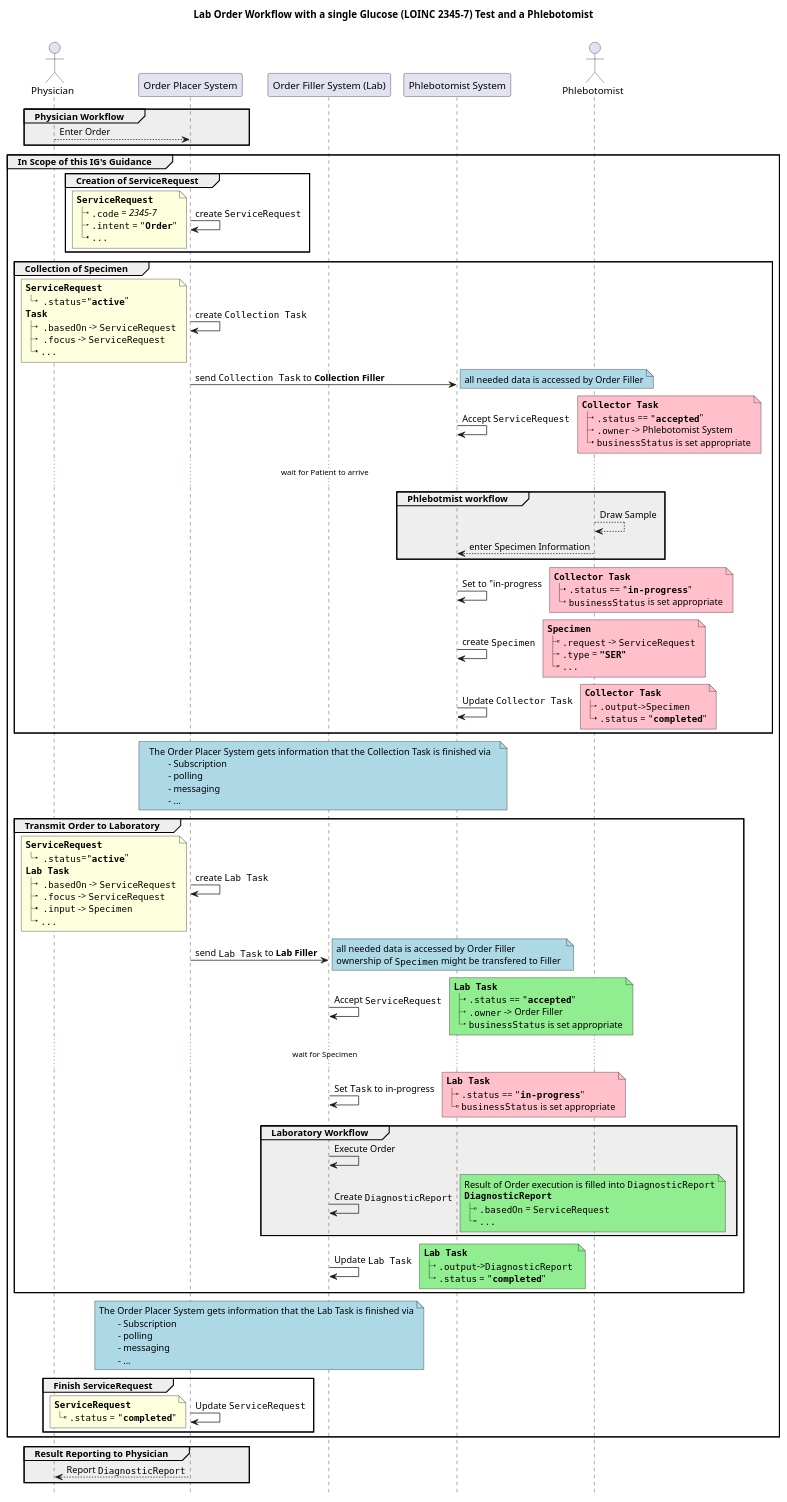
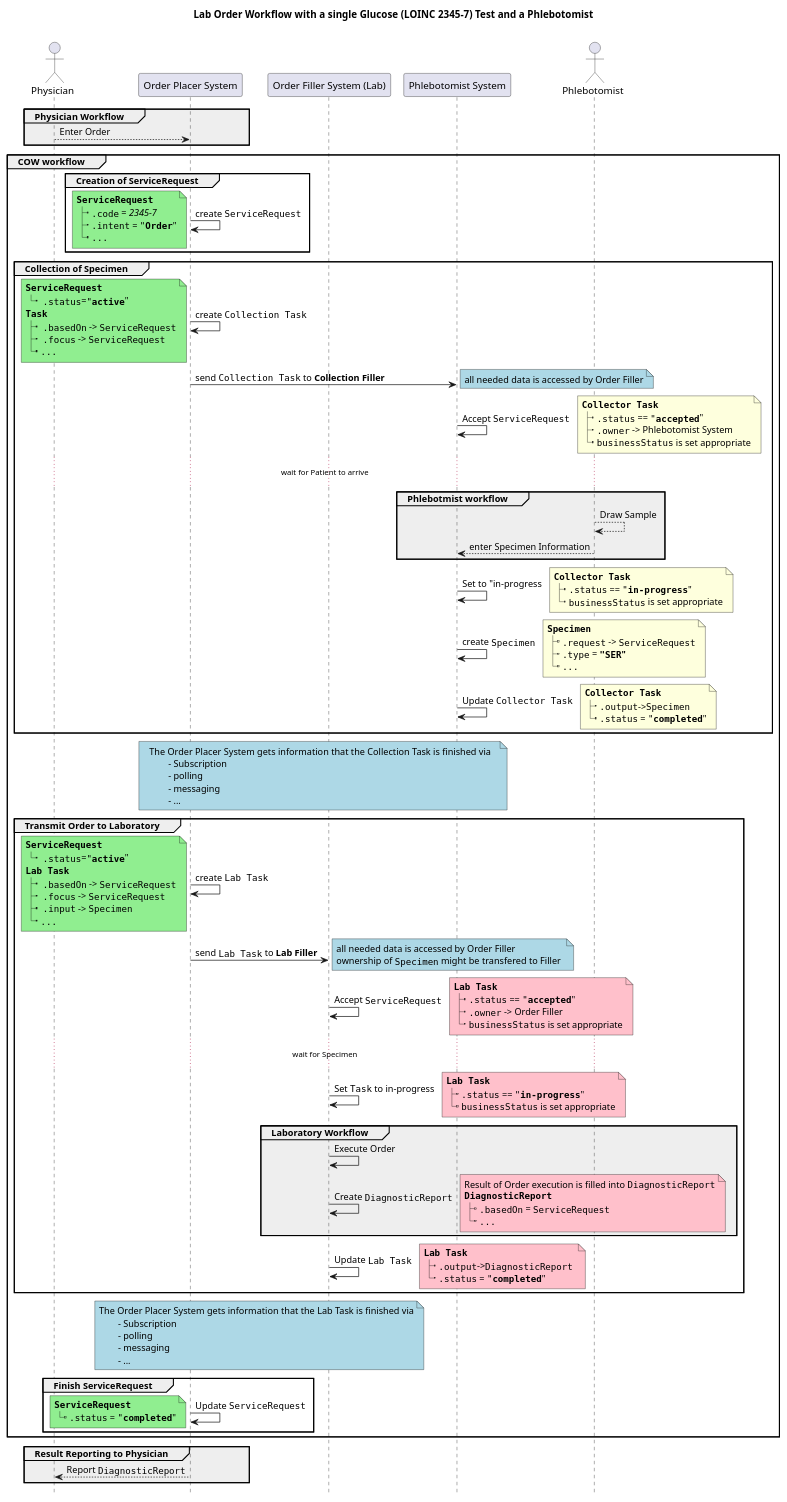
The diagram in input/images-source/ex2-single-lab-order-flow-with-phlebotomist.plantuml (HL7/fhir-cow-ig), drawn with PlantUML before and after one commit.

Commit message:
Update ex2-single-lab-order-flow-with-phlebotomist.plantuml
Changed coloring and changed "in scope..." to COW Workflow

```diff
--- a/input/images-source/ex2-single-lab-order-flow-with-phlebotomist.plantuml
+++ b/input/images-source/ex2-single-lab-order-flow-with-phlebotomist.plantuml
@@ -1,196 +1,196 @@
 @startuml
 
 'skinparam sequenceMessageAlign center
 title 
 	Lab Order Workflow with a single Glucose (LOINC 2345-7) Test and a Phlebotomist
 	
 end title
 hide footbox
 
 'note across #turquoise
 '	**Assumptions:**
 '	- Physician knows which Specimen to draw (i.e. via an Order Catalog)
 '	- Specimen is drawn at a Phlebotomist
 '	- It is clear which Order Filler will execute the Order
 '	- ""ServiceRequest"" is owned by the Order Placer; changes are allowed only to be done by Placer
 '	- ""Task"" is a shared resource of Placer and Filler and updated by both
 '	- Order Result is reported via ""DiagnosticReport""
 '	- ""DiagnosticReport"" is owned by the Order Filler
 '	- Order is accepted and is fulfilled 
 '	- Lab internal flow is **out of scope**
 '	- All needed data is accessible
 '	- Phlebotmist knows where to send the sample to
 '	- Phlebotmist knows what to draw
 '	**Not defined**
 '	- Ownership of Specimen Resource (Ownership should/could/might change with the physical location)
 '	- Transport of the Sample
 'end note
 
 actor Physician as Doc
 participant "Order Placer System" as Placer
 participant "Order Filler System (Lab)" as Filler
 participant "Phlebotomist System" as Collector
 actor "Phlebotomist" as Phlebo
 
 
 group #eee Physician Workflow 
 	Doc --> Placer: Enter Order
 end
 
-group In Scope of this IG's Guidance 
+group COW workflow
 
 	group Creation of ServiceRequest
 	
 		Placer -> Placer: create ""ServiceRequest"" 
-		note left 
+		note left #lightgreen
 			**""ServiceRequest""**
 			|_ "".code"" = //2345-7//
 			|_ "".intent"" = """**Order**"""
 			|_ ""...""
 		end note
 	end
 	
 
 	group Collection of Specimen
 		
 		Placer -> Placer: create ""Collection Task"" 
-		note left 
+		note left #lightgreen
 			**""ServiceRequest""**
 			|_  "".status""="""**active**"""
 			**""Task""**
 			|_  "".basedOn"" -> ""ServiceRequest""
 			|_  "".focus"" -> ""ServiceRequest""
 			|_ ""...""
 		end note 
 		
 		Placer -> Collector: send ""Collection Task"" to **Collection Filler** 
 		note right #lightblue
 			all needed data is accessed by Order Filler
 		end note
 
 		Collector -> Collector: Accept ""ServiceRequest"" 
-		note right #pink
+		note right 
 			**""Collector Task""**
 			|_ "".status"" == """**accepted**"""
 			|_ "".owner"" -> Phlebotomist System 
 			|_ ""businessStatus"" is set appropriate
 		end note
 		
 		... wait for Patient to arrive ...
 		
 		group #eee Phlebotmist workflow
 			Phlebo --> Phlebo: Draw Sample
 			Phlebo --> Collector: enter Specimen Information
 		end
 
 		Collector -> Collector: Set to "in-progress
-		note right #pink
+		note right 
 			**""Collector Task""**
 			|_ "".status"" == """**in-progress**"""
 			|_ ""businessStatus"" is set appropriate
 		end note
 
 		
 		Collector -> Collector: create ""Specimen"" 
-		note right #pink
+		note right 
 			**""Specimen""**
 			|_ "".request"" -> ""ServiceRequest""
 			|_ "".type"" = **"""SER"""**
 			|_ ""...""
 		end note
 		
 		Collector -> Collector: Update ""Collector Task""
-		note right #pink
+		note right 
 			**""Collector Task""**
 			|_ "".output""->""Specimen"" 
 			|_ "".status"" = """**completed**"""
 		end note
 	end
 
 	note over Placer, Collector #lightblue
 		The Order Placer System gets information that the Collection Task is finished via
 			- Subscription
 			- polling
 			- messaging
 			- ...
 	end note
 
 	group Transmit Order to Laboratory 
 		
 		Placer -> Placer: create ""Lab Task"" 
-		note left 
+		note left #lightgreen
 			**""ServiceRequest""**
 			|_  "".status""="""**active**"""
 			**""Lab Task""**
 			|_  "".basedOn"" -> ""ServiceRequest""
 			|_  "".focus"" -> ""ServiceRequest""
 			|_  "".input"" -> ""Specimen""
 			|_ ""...""
 		end note 
 		
 		Placer -> Filler: send ""Lab Task"" to **Lab Filler** 
 		note right #lightblue
 			all needed data is accessed by Order Filler
 			ownership of ""Specimen"" might be transfered to Filler 
 		end note
 	
 		Filler -> Filler: Accept ""ServiceRequest"" 
-		note right #lightgreen
+		note right #pink
 			**""Lab Task""**
 			|_ "".status"" == """**accepted**"""
 			|_ "".owner"" -> Order Filler
 			|_ ""businessStatus"" is set appropriate
 		end note
 		
 		... wait for Specimen ...
 		
 		Filler -> Filler: Set ""Task"" to in-progress
 			note right #pink
 			**""Lab Task""**
 			|_ "".status"" == """**in-progress**"""
 			|_ ""businessStatus"" is set appropriate
 		end note
 
 		
 		group #eee Laboratory Workflow
 		
 			Filler -> Filler: Execute Order
 			Filler -> Filler: Create ""DiagnosticReport"" 
-			note right #lightgreen
+			note right #pink
 				Result of Order execution is filled into ""DiagnosticReport""
 				**""DiagnosticReport""**
 				|_ "".basedOn"" = ""ServiceRequest""
 				|_ ""...""
 			end note 
 		end
 	
 		Filler -> Filler: Update ""Lab Task""
-		note right #lightgreen
+		note right #pink
 			**""Lab Task""**
 			|_ "".output""->""DiagnosticReport"" 
 			|_ "".status"" = """**completed**"""
 		end note
 	end
 	
 	note over Placer, Filler #lightblue
 		The Order Placer System gets information that the Lab Task is finished via
 			- Subscription
 			- polling
 			- messaging
 			- ...
 	end note
 	
 	group Finish ServiceRequest
 		
 		Placer -> Placer: Update ""ServiceRequest"" 
-		note left
+		note left #lightgreen
 			**""ServiceRequest""**
 			|_ "".status"" = """**completed**"""
 		end note
 	end
 end
 
 Group #eee Result Reporting to Physician
 	Placer --> Doc: Report ""DiagnosticReport""
 end
 @enduml
```
